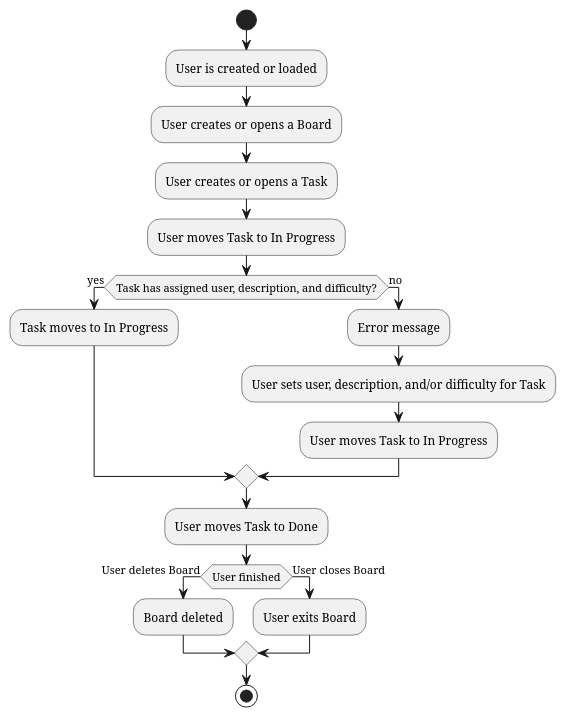
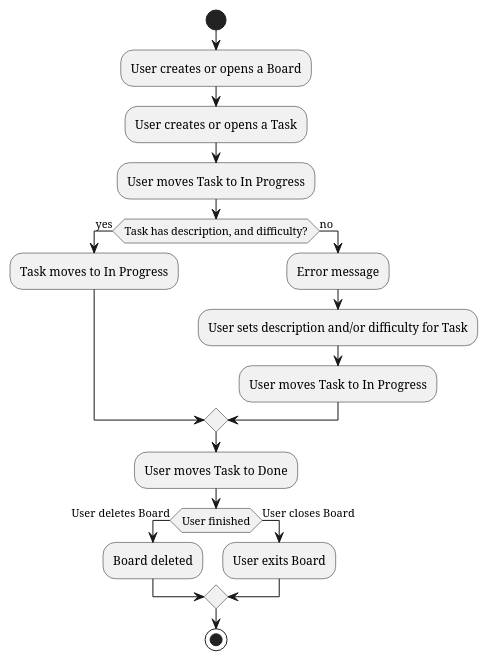
The diagram in diagrams/activityDiagram.puml (travisformayor/cli_kanban), drawn with PlantUML before and after one commit. The commit also changed 12 other files, not shown here.

```diff
--- a/diagrams/activityDiagram.puml
+++ b/diagrams/activityDiagram.puml
@@ -1,26 +1,25 @@
 @startuml activityDiagram
 
 start
-:User is created or loaded;
 :User creates or opens a Board;
 :User creates or opens a Task;
 
 :User moves Task to In Progress;
-if (Task has assigned user, description, and difficulty?) then (yes)
+if (Task has description, and difficulty?) then (yes)
   :Task moves to In Progress;
 else (no)
   :Error message;
-  :User sets user, description, and/or difficulty for Task;
+  :User sets description and/or difficulty for Task;
   :User moves Task to In Progress;
 endif
 
 :User moves Task to Done;
 
 if (User finished) then (User deletes Board)
   :Board deleted;
 else (User closes Board)
   :User exits Board;
 endif
 stop
 
 @enduml
```
